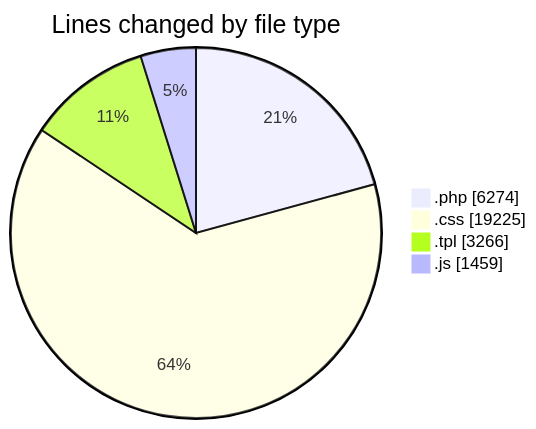
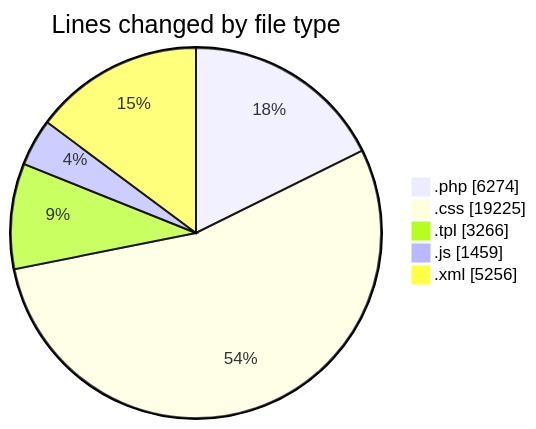
Before and after one commit to vahidmafi/code-tracking: the first of 2 diagrams in 2025-03-23/zeytoon/README.md, drawn with Mermaid. The commit also changed other lines of this file and 1 other file, not shown here.

````diff
--- a/2025-03-23/zeytoon/README.md
+++ b/2025-03-23/zeytoon/README.md
@@ -32,8 +33,9 @@
 ```mermaid
 pie showData
 title Lines changed by file type
 ".php" : 6274
 ".css" : 19225
 ".tpl" : 3266
 ".js" : 1459
+".xml" : 5256
 ```
````
